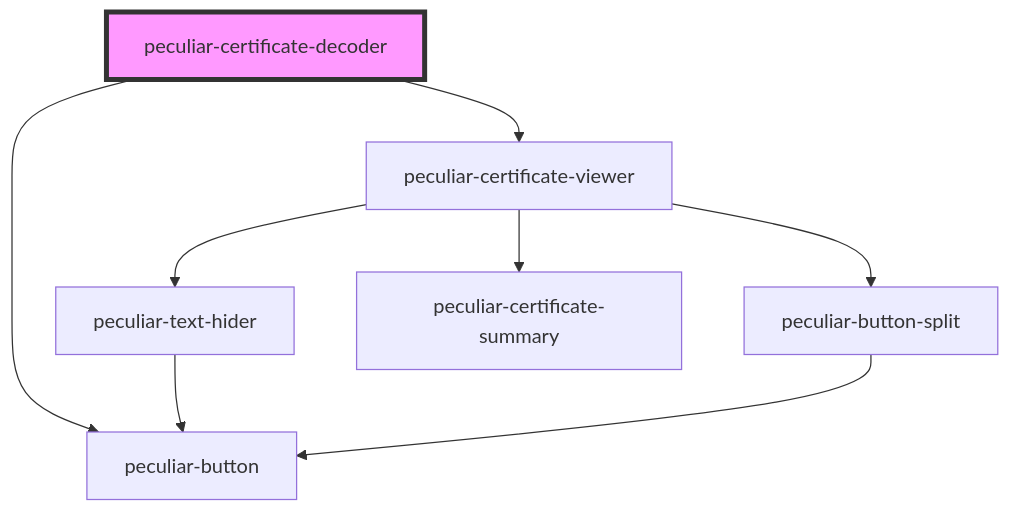
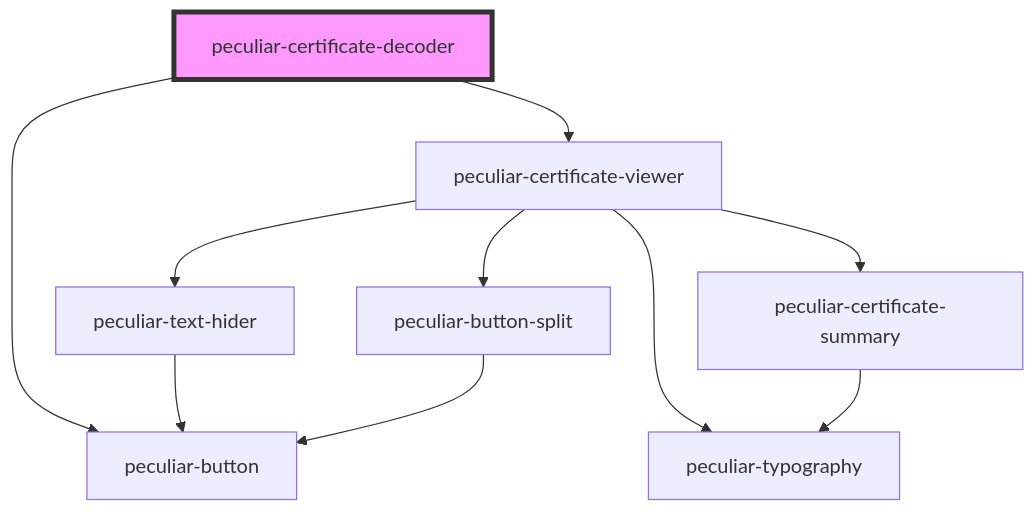
One commit to PeculiarVentures/pv-certificates-viewer changed the diagram in src/components/certificate-decoder/readme.md. Above: the diagram before and after it, drawn with Mermaid. The commit also changed 24 other files, not shown here.

````diff
--- a/src/components/certificate-decoder/readme.md
+++ b/src/components/certificate-decoder/readme.md
@@ -23,11 +23,13 @@
 ```mermaid
 graph TD;
   peculiar-certificate-decoder --> peculiar-button
   peculiar-certificate-decoder --> peculiar-certificate-viewer
+  peculiar-certificate-viewer --> peculiar-typography
   peculiar-certificate-viewer --> peculiar-text-hider
   peculiar-certificate-viewer --> peculiar-button-split
   peculiar-certificate-viewer --> peculiar-certificate-summary
   peculiar-text-hider --> peculiar-button
   peculiar-button-split --> peculiar-button
+  peculiar-certificate-summary --> peculiar-typography
   style peculiar-certificate-decoder fill:#f9f,stroke:#333,stroke-width:4px
 ```
````
